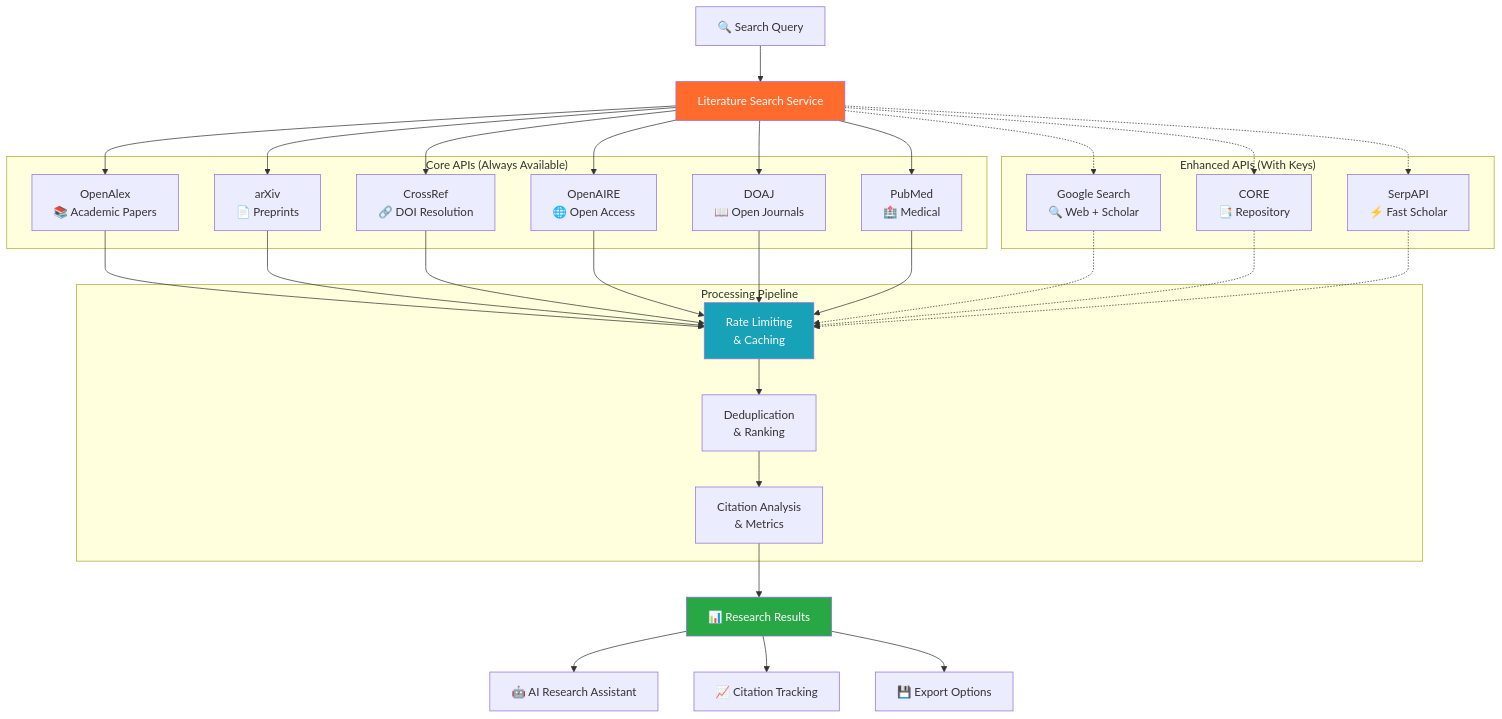
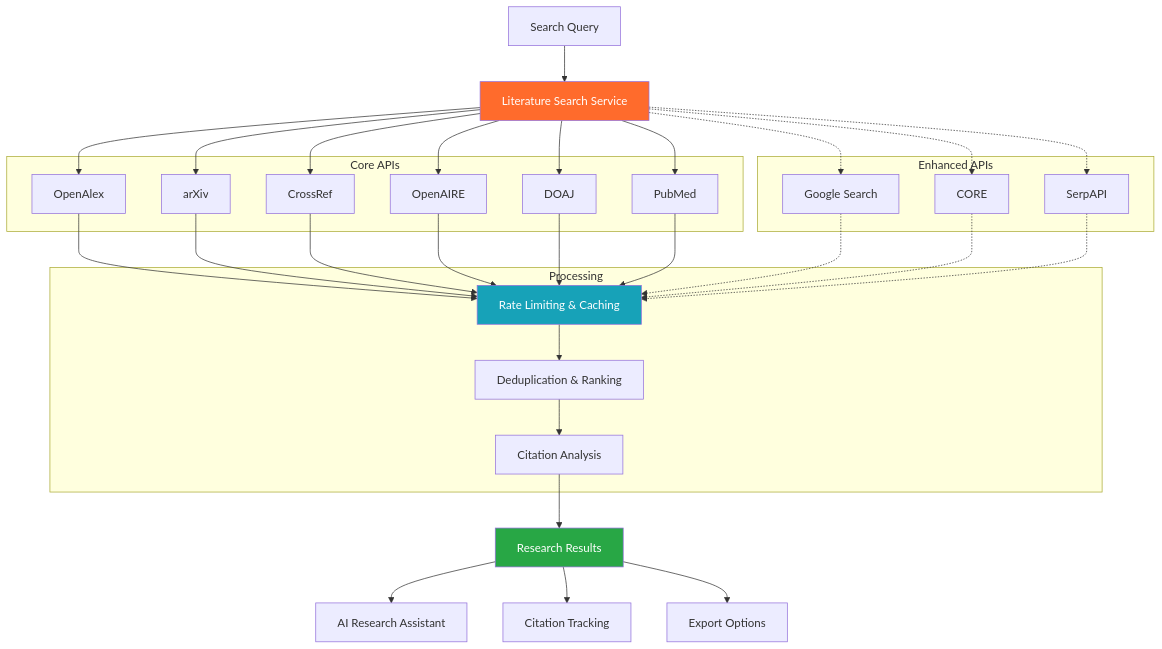
Before and after one commit to Kedhareswer/thesisflow-ai: the second of 8 diagrams in README.md, drawn with Mermaid. The commit also changed other lines of this file, not shown here.

````diff
--- a/README.md
+++ b/README.md
@@ -148,40 +131,40 @@
 ```mermaid
 flowchart TB
-    A["🔍 Search Query"] --> B["Literature Search Service"]
+    A[Search Query] --> B[Literature Search Service]
     
-    subgraph "Core APIs (Always Available)"
-        C["OpenAlex<br/>📚 Academic Papers"]
-        D["arXiv<br/>📄 Preprints"]
-        E["CrossRef<br/>🔗 DOI Resolution"]
-        F["OpenAIRE<br/>🌐 Open Access"]
-        G["DOAJ<br/>📖 Open Journals"]
-        H["PubMed<br/>🏥 Medical"]
+    subgraph "Core APIs"
+        C[OpenAlex]
+        D[arXiv]
+        E[CrossRef]
+        F[OpenAIRE]
+        G[DOAJ]
+        H[PubMed]
     end
     
-    subgraph "Enhanced APIs (With Keys)"
-        I["Google Search<br/>🔍 Web + Scholar"]
-        J["CORE<br/>📑 Repository"]
-        K["SerpAPI<br/>⚡ Fast Scholar"]
+    subgraph "Enhanced APIs"
+        I[Google Search]
+        J[CORE]
+        K[SerpAPI]
     end
     
-    subgraph "Processing Pipeline"
-        L["Rate Limiting<br/>& Caching"]
-        M["Deduplication<br/>& Ranking"]
-        N["Citation Analysis<br/>& Metrics"]
+    subgraph "Processing"
+        L[Rate Limiting & Caching]
+        M[Deduplication & Ranking]
+        N[Citation Analysis]
     end
     
     B --> C & D & E & F & G & H
     B -.-> I & J & K
     C & D & E & F & G & H --> L
     I & J & K -.-> L
     L --> M --> N
     
-    N --> O["📊 Research Results"]
-    O --> P["🤖 AI Research Assistant"]
-    O --> Q["📈 Citation Tracking"]
-    O --> R["💾 Export Options"]
+    N --> O[Research Results]
+    O --> P[AI Research Assistant]
+    O --> Q[Citation Tracking]
+    O --> R[Export Options]
     
     style B fill:#FF6B2C,color:#fff
     style L fill:#17a2b8,color:#fff
     style O fill:#28a745,color:#fff
 ```
````
